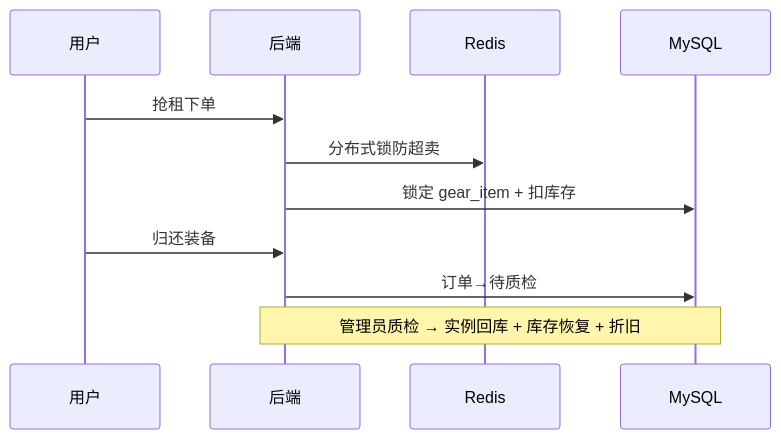
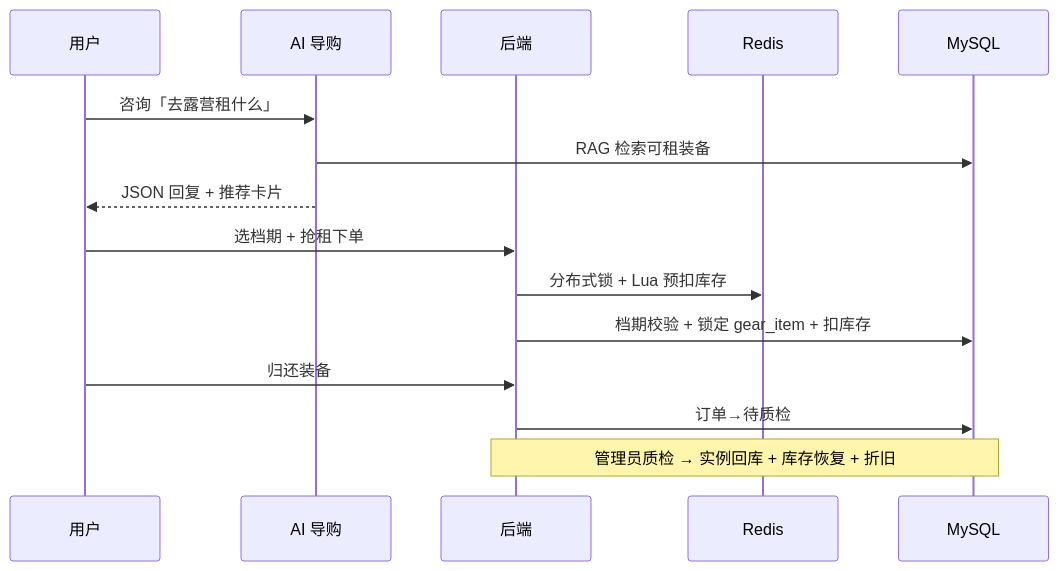
The diagram in README.md (Ckj6818/outdoor-gear-rental), drawn with Mermaid before and after one commit. The commit also changed other lines of this file and 2 other files, not shown here.

First line of the commit message:
Update README and docs for AI consultant, schedule booking, and Redis Lua locks.

````diff
--- a/README.md
+++ b/README.md
@@ -82,14 +84,18 @@
 ```mermaid
 sequenceDiagram
     participant U as 用户
+    participant AI as AI 导购
     participant S as 后端
     participant R as Redis
     participant D as MySQL
 
-    U->>S: 抢租下单
-    S->>R: 分布式锁防超卖
-    S->>D: 锁定 gear_item + 扣库存
+    U->>AI: 咨询「去露营租什么」
+    AI->>D: RAG 检索可租装备
+    AI-->>U: JSON 回复 + 推荐卡片
+    U->>S: 选档期 + 抢租下单
+    S->>R: 分布式锁 + Lua 预扣库存
+    S->>D: 档期校验 + 锁定 gear_item + 扣库存
     U->>S: 归还装备
     S->>D: 订单→待质检
     Note over S,D: 管理员质检 → 实例回库 + 库存恢复 + 折旧
 ```
````
